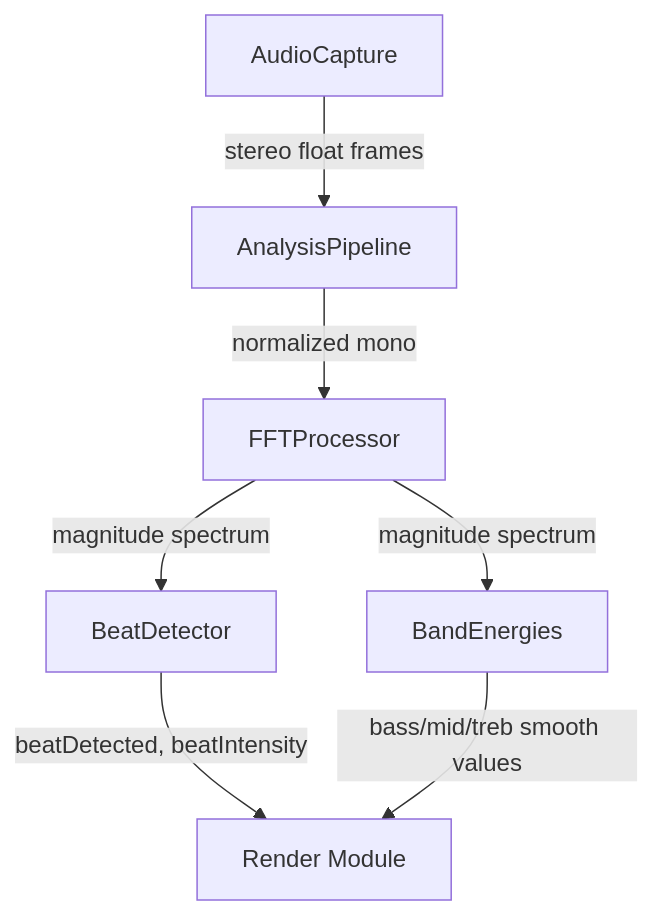
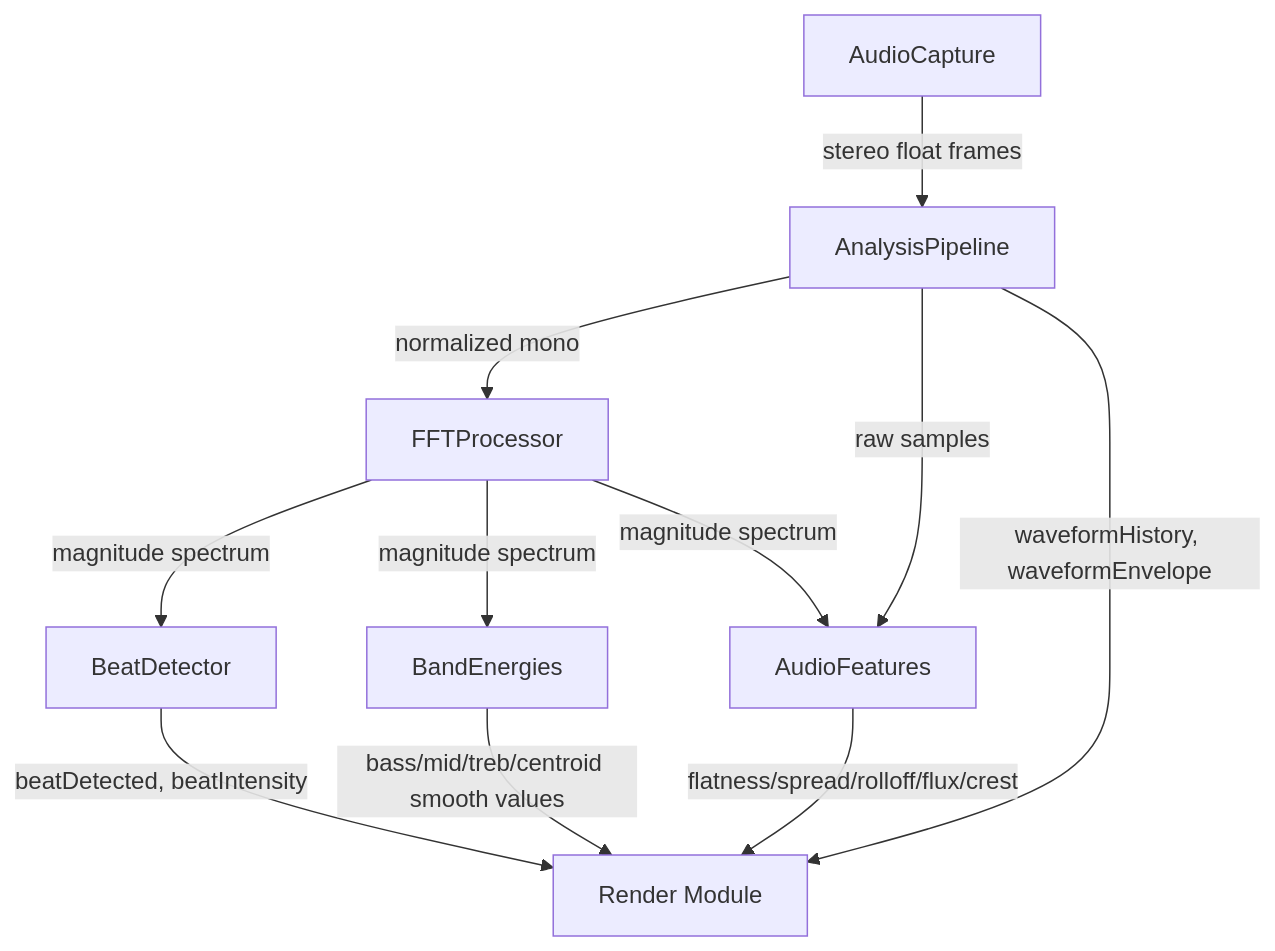
Before and after one commit to EvanLavender13/audio-jones: the diagram in docs/modules/analysis.md, drawn with Mermaid. The commit also changed other lines of this file and 7 other files, not shown here.

First line of the commit message:
Sync architecture documentation with codebase

````diff
--- a/docs/modules/analysis.md
+++ b/docs/modules/analysis.md
@@ -18,9 +21,13 @@
 ```mermaid
 graph TD
     Audio[AudioCapture] -->|stereo float frames| Pipeline[AnalysisPipeline]
     Pipeline -->|normalized mono| FFT[FFTProcessor]
     FFT -->|magnitude spectrum| Beat[BeatDetector]
     FFT -->|magnitude spectrum| Bands[BandEnergies]
+    FFT -->|magnitude spectrum| Features[AudioFeatures]
+    Pipeline -->|raw samples| Features
     Beat -->|beatDetected, beatIntensity| Render[Render Module]
-    Bands -->|bass/mid/treb smooth values| Render
+    Bands -->|bass/mid/treb/centroid smooth values| Render
+    Features -->|flatness/spread/rolloff/flux/crest| Render
+    Pipeline -->|waveformHistory, waveformEnvelope| Render
 ```
````
